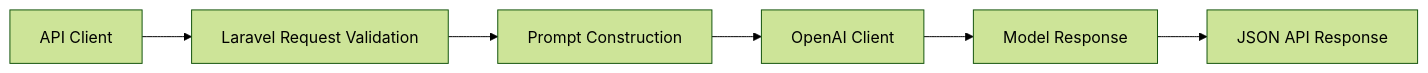
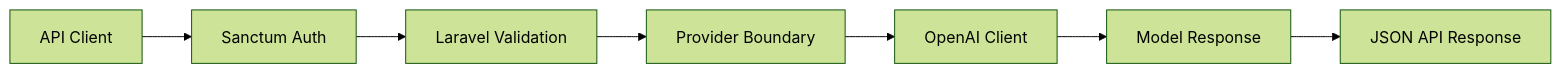
The diagram in README.md (Masterleeaus/predictive-analytics-module), drawn with Mermaid (forest theme) before and after one commit. The commit also changed other lines of this file and 10 other files, not shown here.

First line of the commit message:
Add authenticated provider boundary for churn endpoint (#6)

````diff
--- a/README.md
+++ b/README.md
@@ -26,8 +27,9 @@
 ```mermaid
 flowchart LR
-    C[API Client] --> V[Laravel Request Validation]
-    V --> P[Prompt Construction]
+    C[API Client] --> A[Sanctum Auth]
+    A --> V[Laravel Validation]
+    V --> P[Provider Boundary]
     P --> O[OpenAI Client]
     O --> R[Model Response]
     R --> J[JSON API Response]
 ```
````
